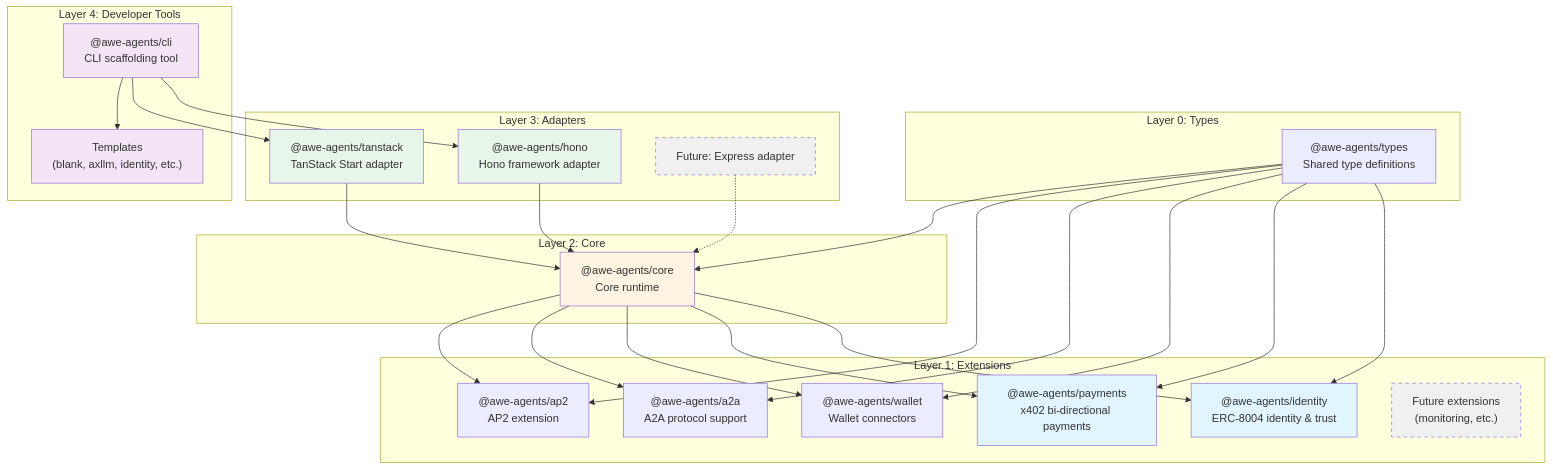
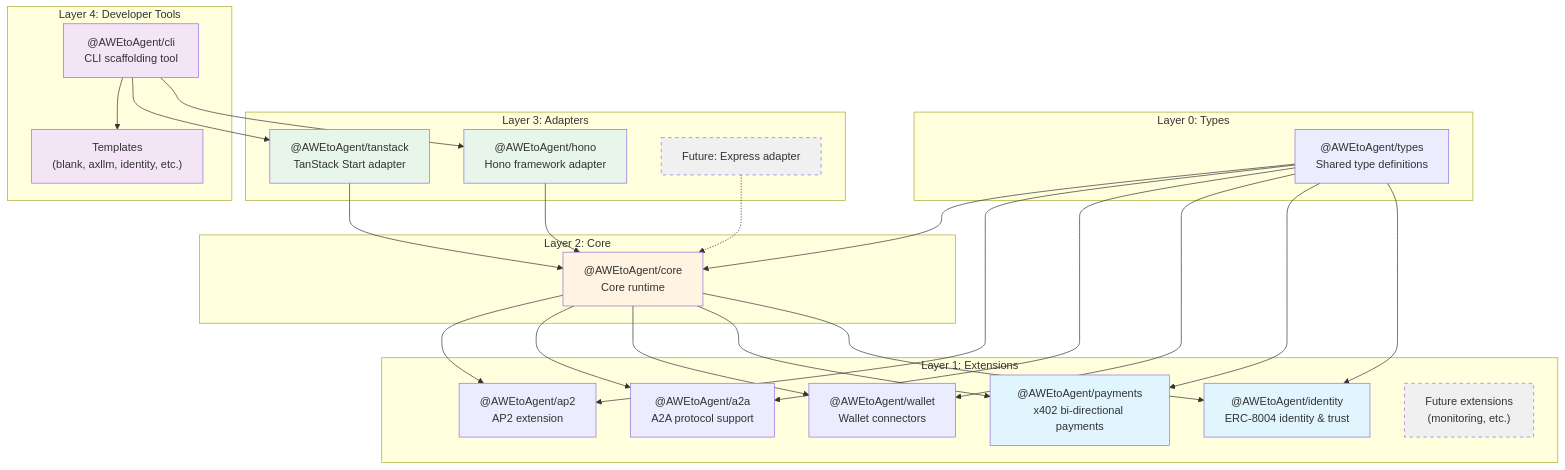
The first of 8 diagrams in docs/ARCHITECTURE.md (STPDevteam/AWEtoAgent-Kit), drawn with Mermaid before and after one commit. The commit also changed other lines of this file and 144 other files, not shown here.

First line of the commit message:
chore: update import paths and documentation for AWEtoAgent packages

````diff
--- a/docs/ARCHITECTURE.md
+++ b/docs/ARCHITECTURE.md
@@ -9,61 +9,61 @@
 ```mermaid
 graph TB
     subgraph "Layer 0: Types"
-        types["@awe-agents/types<br/>Shared type definitions"]
+        types["@AWEtoAgent/types<br/>Shared type definitions"]
     end
 
     subgraph "Layer 1: Extensions"
-        identity["@awe-agents/identity<br/>ERC-8004 identity & trust"]
-        payments["@awe-agents/payments<br/>x402 bi-directional payments"]
-        wallet["@awe-agents/wallet<br/>Wallet connectors"]
-        a2a["@awe-agents/a2a<br/>A2A protocol support"]
-        ap2["@awe-agents/ap2<br/>AP2 extension"]
+        identity["@AWEtoAgent/identity<br/>ERC-8004 identity & trust"]
+        payments["@AWEtoAgent/payments<br/>x402 bi-directional payments"]
+        wallet["@AWEtoAgent/wallet<br/>Wallet connectors"]
+        a2a["@AWEtoAgent/a2a<br/>A2A protocol support"]
+        ap2["@AWEtoAgent/ap2<br/>AP2 extension"]
         future["Future extensions<br/>(monitoring, etc.)"]
     end
 
     subgraph "Layer 2: Core"
-        core["@awe-agents/core<br/>Core runtime"]
+        core["@AWEtoAgent/core<br/>Core runtime"]
     end
 
     subgraph "Layer 3: Adapters"
-        hono["@awe-agents/hono<br/>Hono framework adapter"]
-        tanstack["@awe-agents/tanstack<br/>TanStack Start adapter"]
+        hono["@AWEtoAgent/hono<br/>Hono framework adapter"]
+        tanstack["@AWEtoAgent/tanstack<br/>TanStack Start adapter"]
         express["Future: Express adapter"]
     end
 
     subgraph "Layer 4: Developer Tools"
-        cli["@awe-agents/cli<br/>CLI scaffolding tool"]
+        cli["@AWEtoAgent/cli<br/>CLI scaffolding tool"]
         templates["Templates<br/>(blank, axllm, identity, etc.)"]
     end
 
     types --> identity
     types --> payments
     types --> wallet
     types --> a2a
     types --> ap2
     types --> core
 
     core --> identity
     core --> payments
     core --> wallet
     core --> a2a
     core --> ap2
 
     hono --> core
     tanstack --> core
     express -.-> core
 
     cli --> hono
     cli --> tanstack
     cli --> templates
 
     style identity fill:#e1f5ff
     style payments fill:#e1f5ff
     style future fill:#f0f0f0,stroke-dasharray: 5 5
     style core fill:#fff4e1
     style hono fill:#e8f5e9
     style tanstack fill:#e8f5e9
     style express fill:#f0f0f0,stroke-dasharray: 5 5
     style cli fill:#f3e5f5
     style templates fill:#f3e5f5
 ```
````
